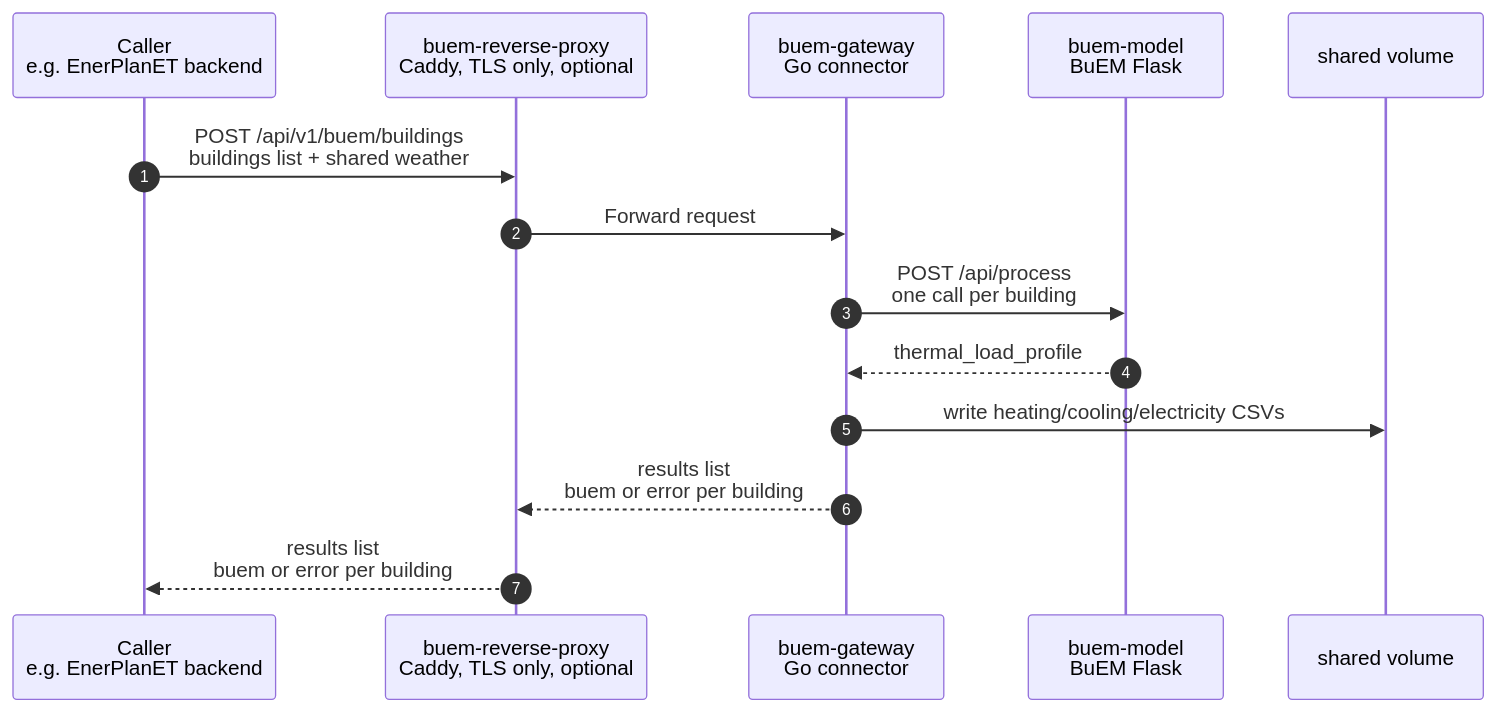
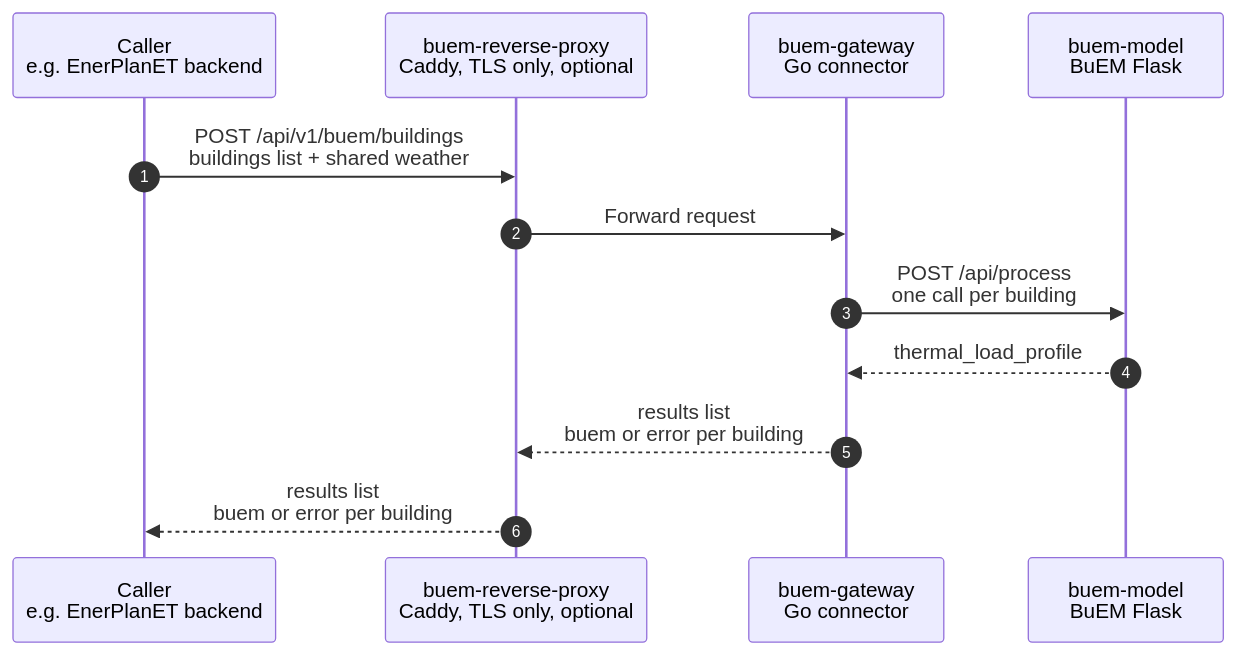
One commit to enerplanet/buem-gateway changed the diagram in README.md. Above: the diagram before and after it, drawn with Mermaid. The commit also changed other lines of this file and 21 other files, not shown here.

````diff
--- a/README.md
+++ b/README.md
@@ -26,17 +26,15 @@
 ```mermaid
 sequenceDiagram
     autonumber
     participant Caller as Caller<br/>e.g. EnerPlanET backend
     participant Proxy as buem-reverse-proxy<br/>Caddy, TLS only, optional
     participant App as buem-gateway<br/>Go connector
     participant Model as buem-model<br/>BuEM Flask
-    participant Vol as shared volume
 
     Caller->>Proxy: POST /api/v1/buem/buildings<br/>buildings list + shared weather
     Proxy->>App: Forward request
     App->>Model: POST /api/process<br/>one call per building
     Model-->>App: thermal_load_profile
-    App->>Vol: write heating/cooling/electricity CSVs
     App-->>Proxy: results list<br/>buem or error per building
     Proxy-->>Caller: results list<br/>buem or error per building
 ```
````
